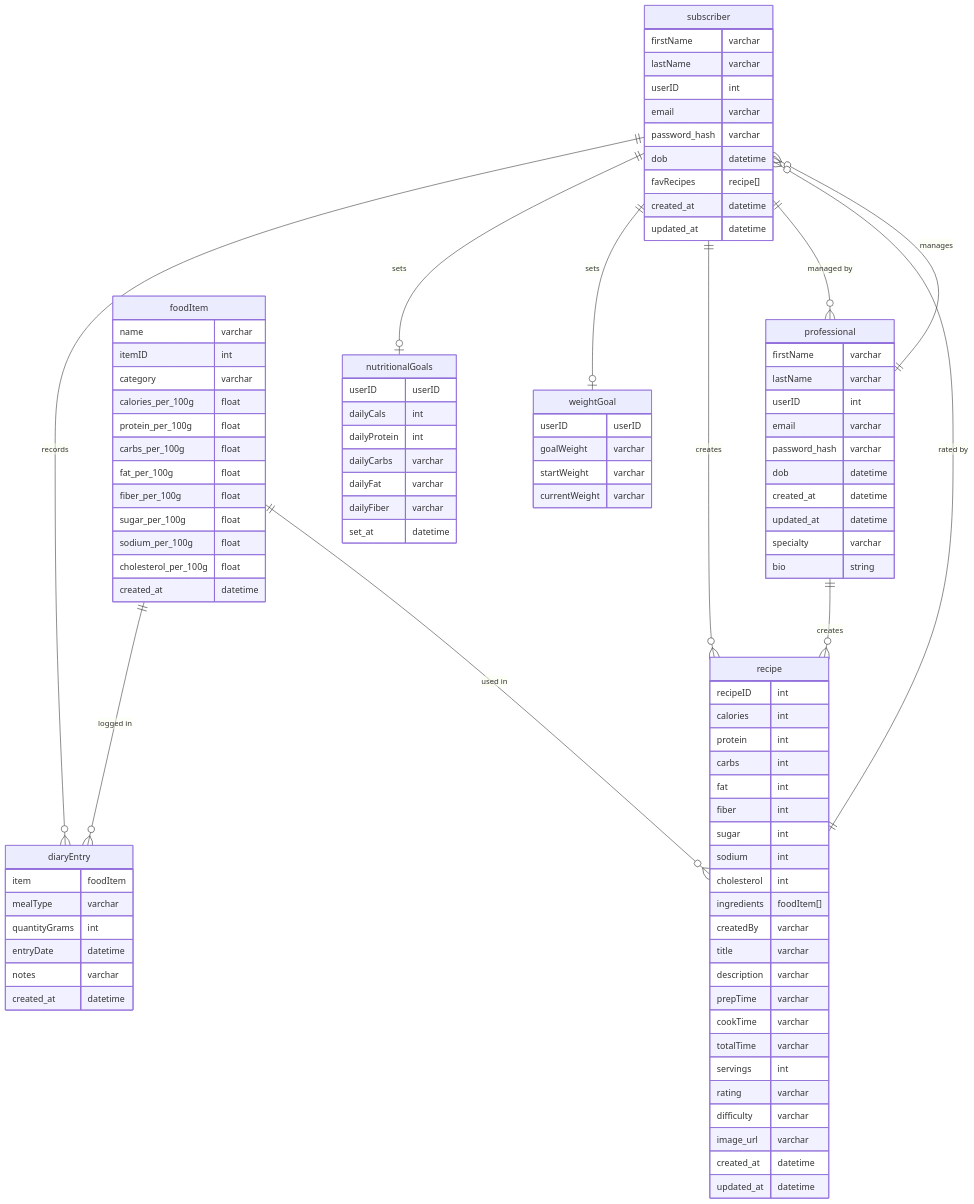
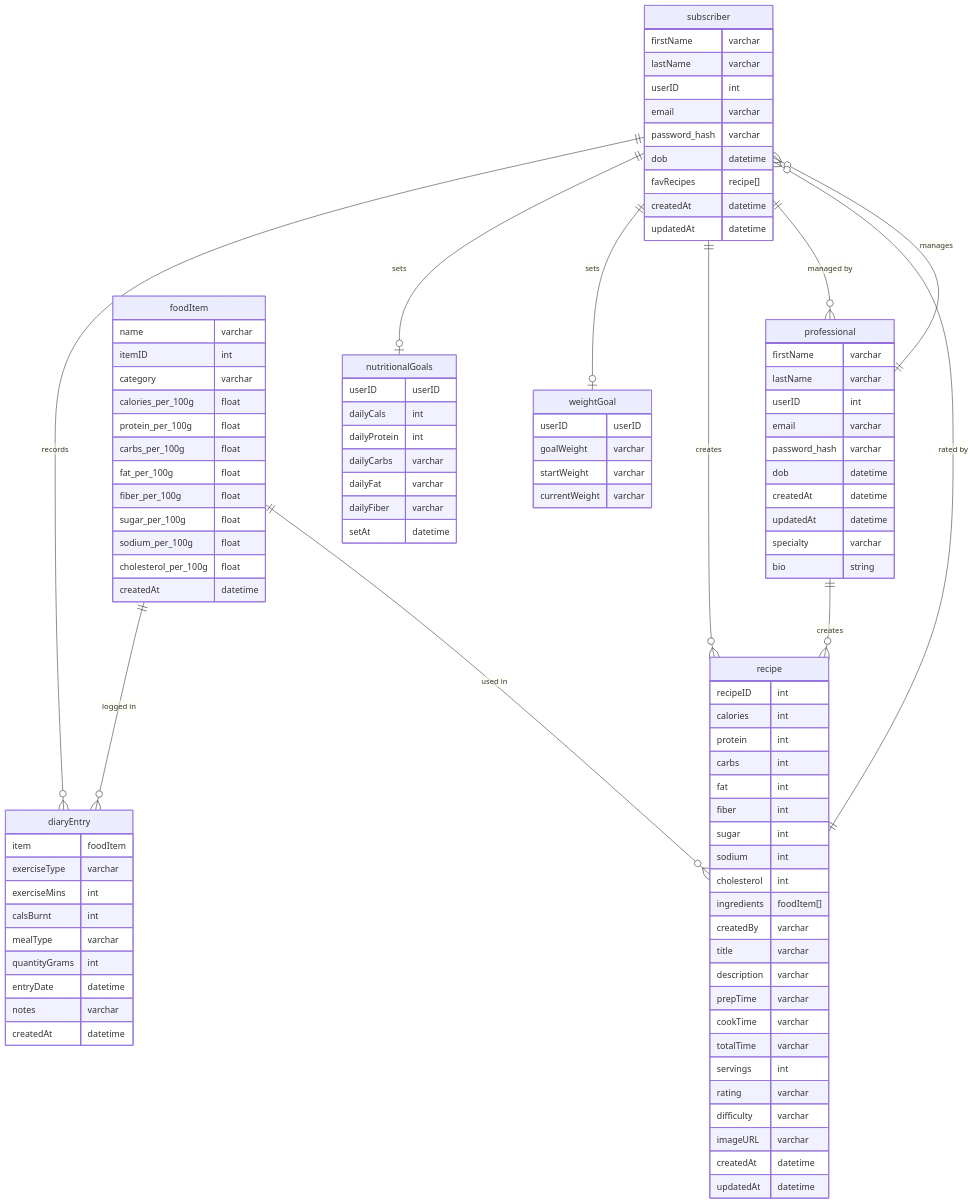
Before and after one commit to X-07-xqf/2850final-project: the diagram in ER_diagram.md, drawn with Mermaid.

```diff
--- a/ER_diagram.md
+++ b/ER_diagram.md
@@ -12,8 +12,8 @@
         password_hash varchar
         dob datetime
         favRecipes recipe[]
-        created_at datetime
-        updated_at datetime
+        createdAt datetime
+        updatedAt datetime
     }
 
     professional {
@@ -23,8 +23,8 @@
         email varchar 
         password_hash varchar
         dob datetime
-        created_at datetime
-        updated_at datetime
+        createdAt datetime
+        updatedAt datetime
         specialty varchar
         bio string
     }
@@ -42,16 +42,19 @@
         sugar_per_100g float
         sodium_per_100g float
         cholesterol_per_100g float
-        created_at datetime 
+        createdAt datetime 
     }
 
     diaryEntry {
         item foodItem
+        exerciseType varchar
+        exerciseMins int
+        calsBurnt int
         mealType varchar 
         quantityGrams int
         entryDate datetime
         notes varchar
-        created_at datetime 
+        createdAt datetime 
     }
 
     nutritionalGoals {
@@ -61,7 +64,7 @@
         dailyCarbs varchar
         dailyFat varchar
         dailyFiber varchar
-        set_at datetime
+        setAt datetime
     }
 
     weightGoal {
@@ -94,9 +97,9 @@
         servings int
         rating varchar
         difficulty varchar
-        image_url varchar 
-        created_at datetime 
-        updated_at datetime 
+        imageURL varchar 
+        createdAt datetime 
+        updatedAt datetime 
     }
 
 
```
